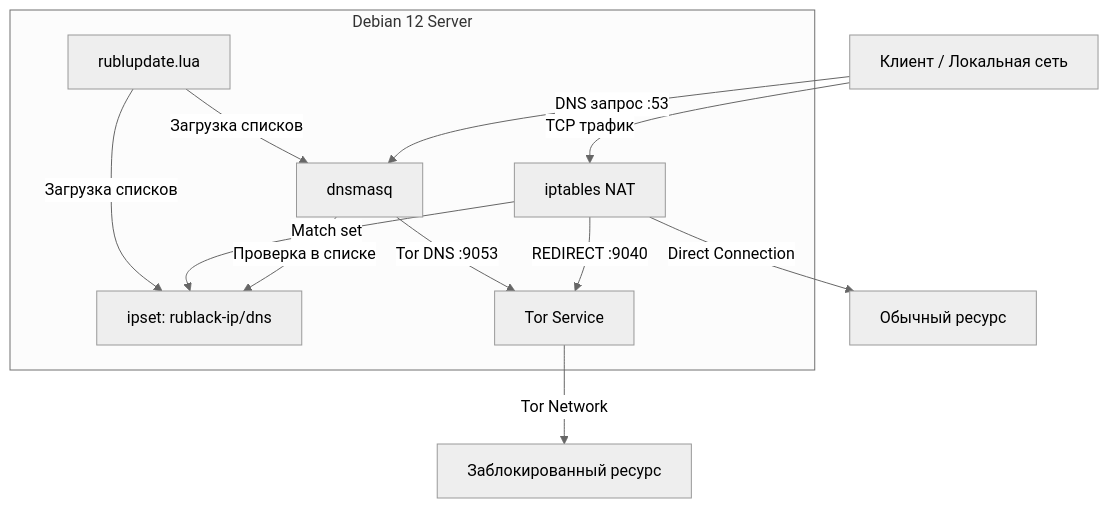
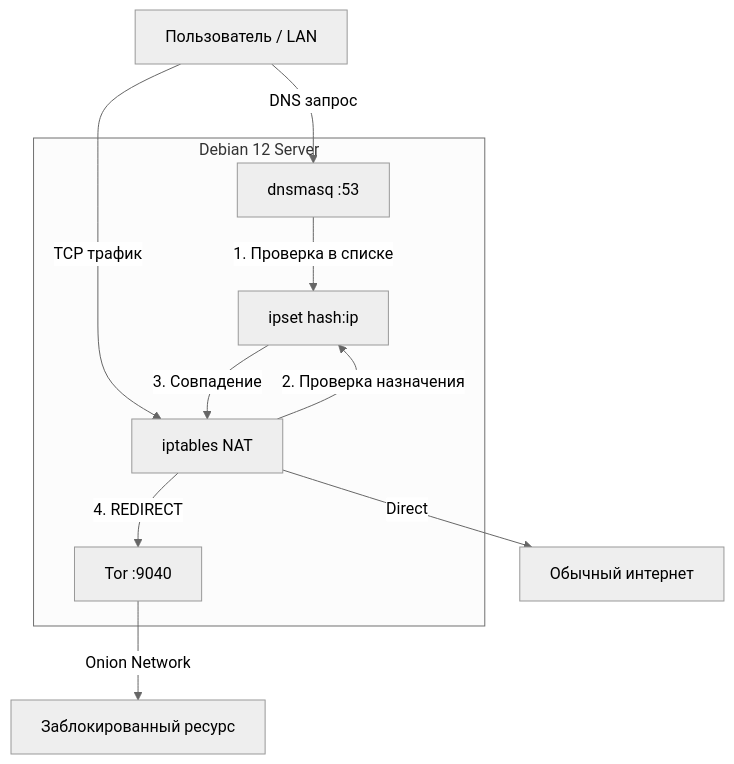
Before and after one commit to grashooper/rublock-tor-debian12: the diagram in README.md, drawn with Mermaid (neutral theme). The commit also changed other lines of this file, not shown here.

````diff
--- a/README.md
+++ b/README.md
@@ -39,22 +50,20 @@
 ```mermaid
 graph TD
-    Client[Клиент / Локальная сеть] -->|DNS запрос :53| Dnsmasq
-    Client -->|TCP трафик| IPTables
+    User[Пользователь / LAN] -->|DNS запрос| Dnsmasq
+    User -->|TCP трафик| IPTables
     
-    subgraph Server [Debian 12 Server]
-        Dnsmasq[dnsmasq]
-        Ipset[ipset: rublack-ip/dns]
+    subgraph "Debian 12 Server"
+        Dnsmasq[dnsmasq :53]
+        Ipset[ipset hash:ip]
         IPTables[iptables NAT]
-        Tor[Tor Service]
-        UpdateScript[rublupdate.lua]
+        Tor[Tor :9040]
         
-        Dnsmasq -- Проверка в списке --> Ipset
-        IPTables -- Match set --> Ipset
-        IPTables -- REDIRECT :9040 --> Tor
-        Dnsmasq -- Tor DNS :9053 --> Tor
-        UpdateScript -- Загрузка списков --> Dnsmasq & Ipset
+        Dnsmasq -- "1. Проверка в списке" --> Ipset
+        IPTables -- "2. Проверка назначения" --> Ipset
+        Ipset -- "3. Совпадение" --> IPTables
+        IPTables -- "4. REDIRECT" --> Tor
     end
     
-    Tor -->|Tor Network| Internet[Заблокированный ресурс]
-    IPTables -->|Direct Connection| FreeInternet[Обычный ресурс]
+    Tor -->|Onion Network| Blocked[Заблокированный ресурс]
+    IPTables -->|Direct| Internet[Обычный интернет]
 ```
````
